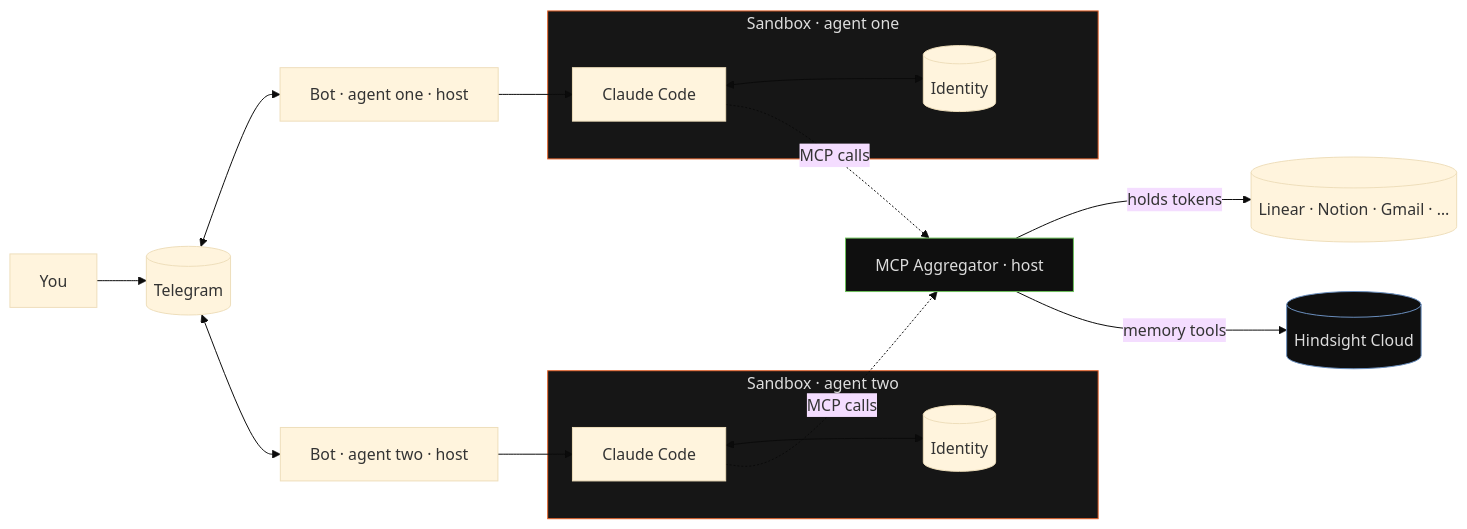
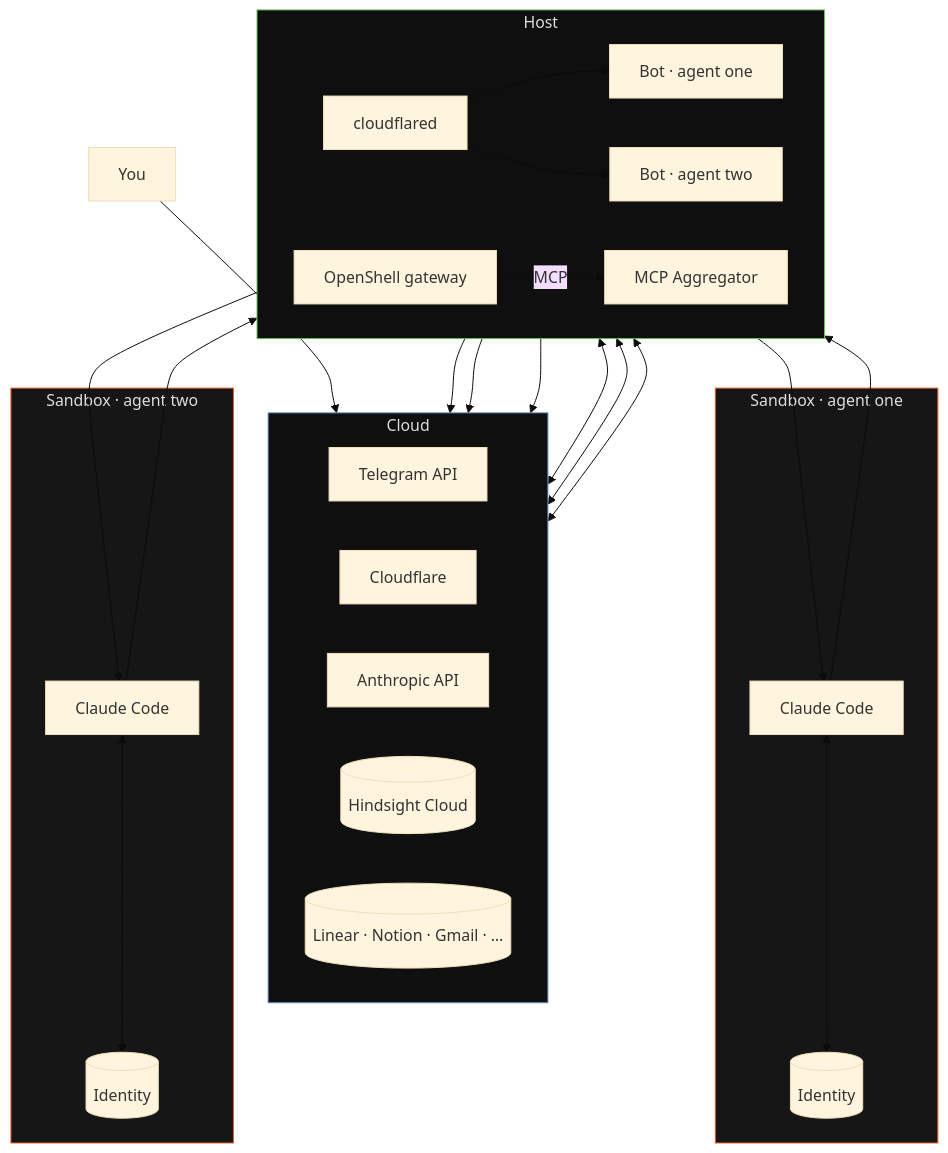
Before and after one commit to onsails/right-agent: the diagram in README.md, drawn with Mermaid (base theme).

Commit message:
docs(readme): three-zone architecture diagram (cloud / host / sandbox)
Group nodes into Cloud / Host / Sandbox subgraphs. Add Telegram API,
Cloudflare, Anthropic API, cloudflared, and OpenShell gateway as
explicit nodes. Route sandbox egress through OS to make the policy
gateway visible. Host-originated egress (aggregator → Hindsight, EXT)
stays direct, since OS only proxies sandbox traffic.

````diff
--- a/README.md
+++ b/README.md
@@ -107,31 +107,58 @@
 ```mermaid
-flowchart LR
-  U[You] --> TG[(Telegram)]
+flowchart TB
+  U[You]
 
-  TG <--> B1[Bot · agent one · host]
-  TG <--> B2[Bot · agent two · host]
-  B1 --> A1
-  B2 --> A2
+  subgraph CLOUD["Cloud"]
+    direction LR
+    TG[Telegram API]
+    CF[Cloudflare]
+    ANT[Anthropic API]
+    HS[(Hindsight Cloud)]
+    EXT[(Linear · Notion · Gmail · …)]
+  end
+
+  subgraph HOST["Host"]
+    direction LR
+    B1[Bot · agent one]
+    B2[Bot · agent two]
+    AGG[MCP Aggregator]
+    CFD[cloudflared]
+    OS[OpenShell gateway]
+  end
 
   subgraph SANDBOX_1["Sandbox · agent one"]
     A1[Claude Code]
     I1[(Identity)]
-    A1 <--> I1
   end
 
   subgraph SANDBOX_2["Sandbox · agent two"]
     A2[Claude Code]
     I2[(Identity)]
-    A2 <--> I2
   end
 
-  A1 -.MCP calls.-> AGG
-  A2 -.MCP calls.-> AGG
-  AGG[MCP Aggregator · host] -->|holds tokens| EXT[(Linear · Notion · Gmail · …)]
-  AGG -->|memory tools| HS[(Hindsight Cloud)]
+  U --> TG
+  TG <--> B1
+  TG <--> B2
+  CF <--> CFD
+  CFD --> B1
+  CFD --> B2
 
+  B1 --> A1
+  B2 --> A2
+
+  A1 <--> I1
+  A2 <--> I2
+
+  A1 --> OS
+  A2 --> OS
+  OS --> ANT
+  OS -.MCP.-> AGG
+
+  AGG --> HS
+  AGG --> EXT
+
+  style CLOUD fill:#0f0f0f,stroke:#6b8fbf,color:#ddd
+  style HOST fill:#0f0f0f,stroke:#6bbf59,color:#ddd
   style SANDBOX_1 fill:#161616,stroke:#E8632A,color:#ddd
   style SANDBOX_2 fill:#161616,stroke:#E8632A,color:#ddd
-  style AGG fill:#0f0f0f,stroke:#6bbf59,color:#ddd
-  style HS fill:#0f0f0f,stroke:#6b8fbf,color:#ddd
 ```
````
